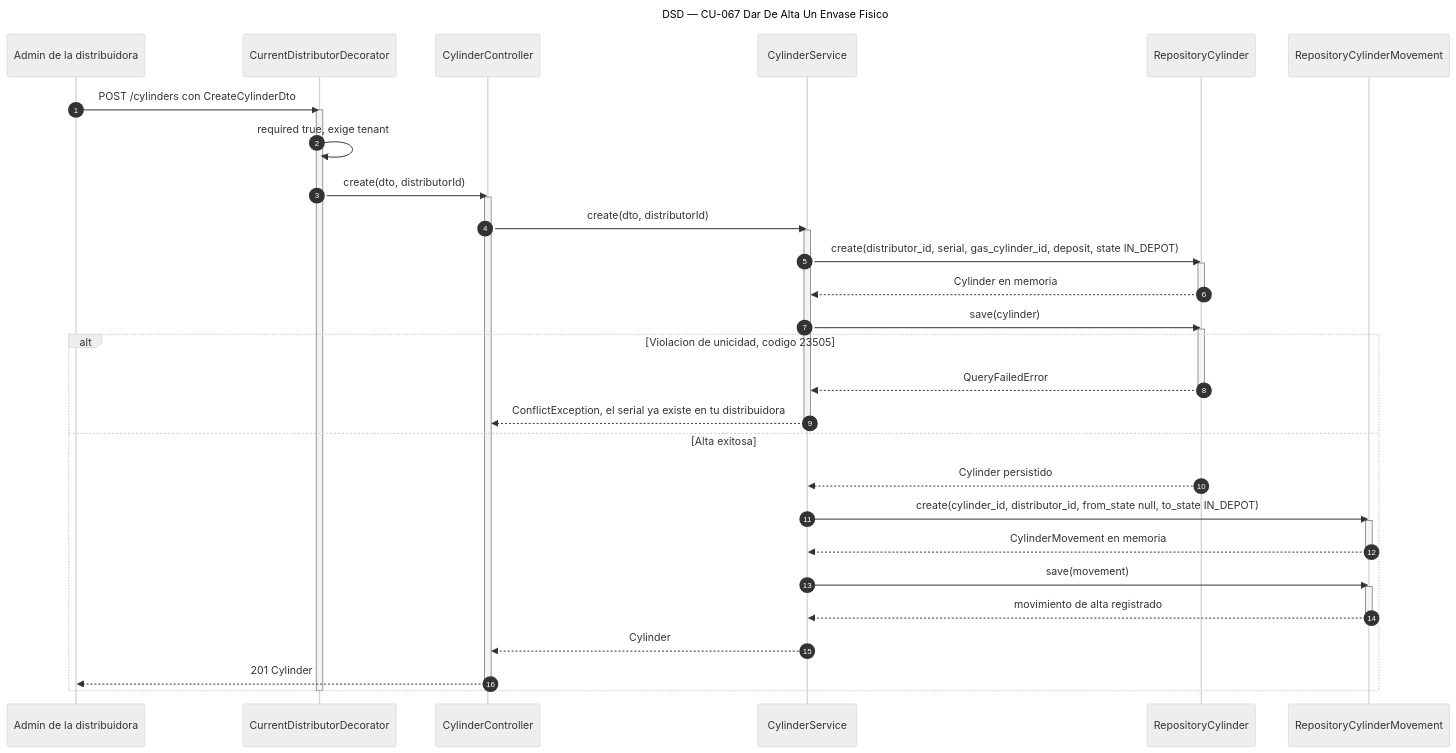
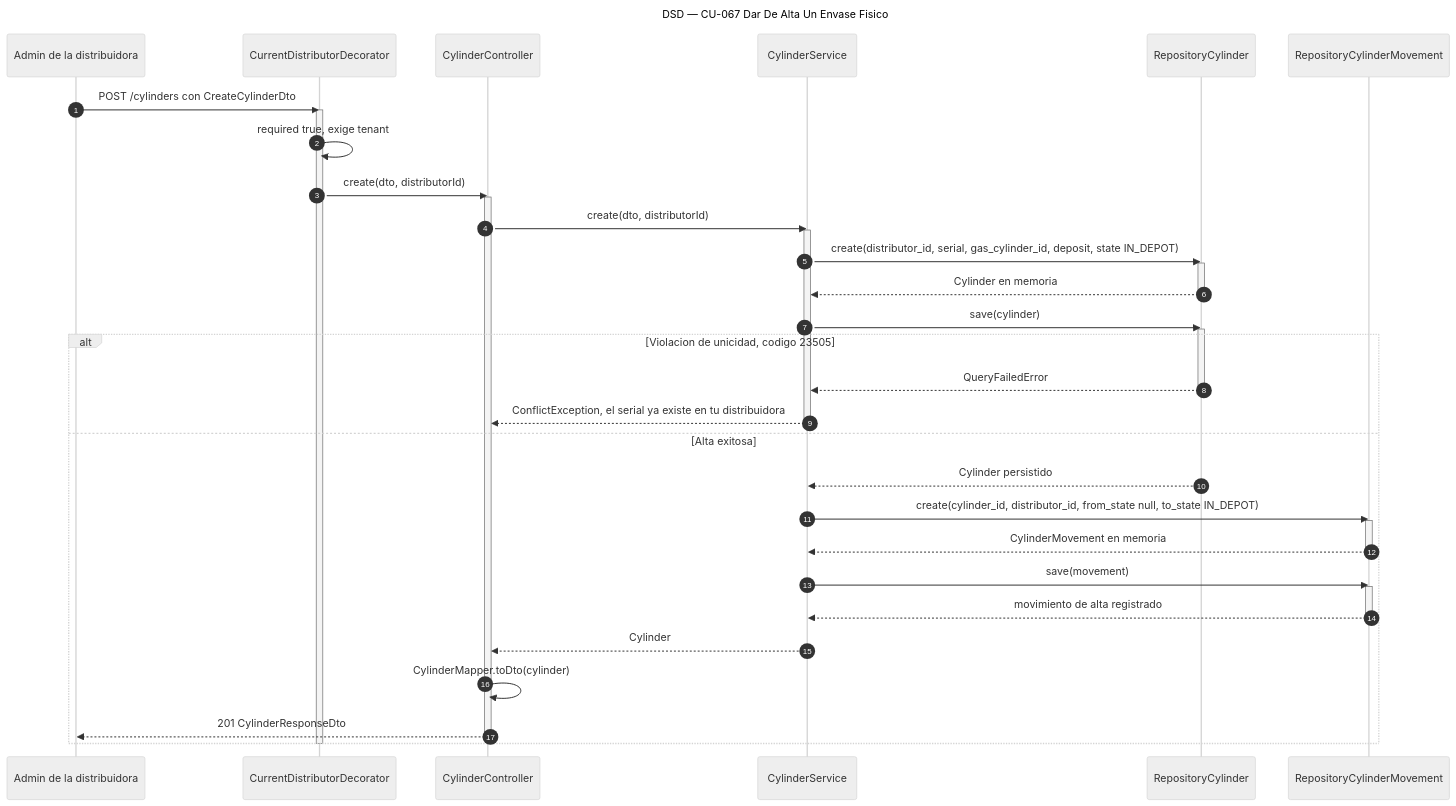
The diagram in diagramas/DSD_CU-067_Dar-De-Alta-Un-Envase-Fisico.mmd (Nahuelito-Dev/splg-docs), drawn with Mermaid (neutral theme) before and after one commit. The commit also changed 5 other files, not shown here.

Commit message:
docs(dsd): envases con CylinderResponseDto

```diff
--- a/diagramas/DSD_CU-067_Dar-De-Alta-Un-Envase-Fisico.mmd
+++ b/diagramas/DSD_CU-067_Dar-De-Alta-Un-Envase-Fisico.mmd
@@ -1,43 +1,44 @@
 sequenceDiagram
     title DSD — CU-067 Dar De Alta Un Envase Fisico
     autonumber
     participant ADM as Admin de la distribuidora
     participant DEC as CurrentDistributorDecorator
     participant CTRL as CylinderController
     participant SRV as CylinderService
     participant CREP as RepositoryCylinder
     participant MREP as RepositoryCylinderMovement
 
     ADM->>DEC: POST /cylinders con CreateCylinderDto
     activate DEC
     DEC->>DEC: required true, exige tenant
     DEC->>CTRL: create(dto, distributorId)
     activate CTRL
     CTRL->>SRV: create(dto, distributorId)
     activate SRV
     SRV->>CREP: create(distributor_id, serial, gas_cylinder_id, deposit, state IN_DEPOT)
     activate CREP
     CREP-->>SRV: Cylinder en memoria
     deactivate CREP
     SRV->>CREP: save(cylinder)
     activate CREP
     alt Violacion de unicidad, codigo 23505
         CREP-->>SRV: QueryFailedError
         deactivate CREP
         SRV-->>CTRL: ConflictException, el serial ya existe en tu distribuidora
         deactivate SRV
     else Alta exitosa
         CREP-->>SRV: Cylinder persistido
         SRV->>MREP: create(cylinder_id, distributor_id, from_state null, to_state IN_DEPOT)
         activate MREP
         MREP-->>SRV: CylinderMovement en memoria
         deactivate MREP
         SRV->>MREP: save(movement)
         activate MREP
         MREP-->>SRV: movimiento de alta registrado
         deactivate MREP
         SRV-->>CTRL: Cylinder
-        CTRL-->>ADM: 201 Cylinder
+        CTRL->>CTRL: CylinderMapper.toDto(cylinder)
+        CTRL-->>ADM: 201 CylinderResponseDto
         deactivate CTRL
     end
     deactivate DEC
```
